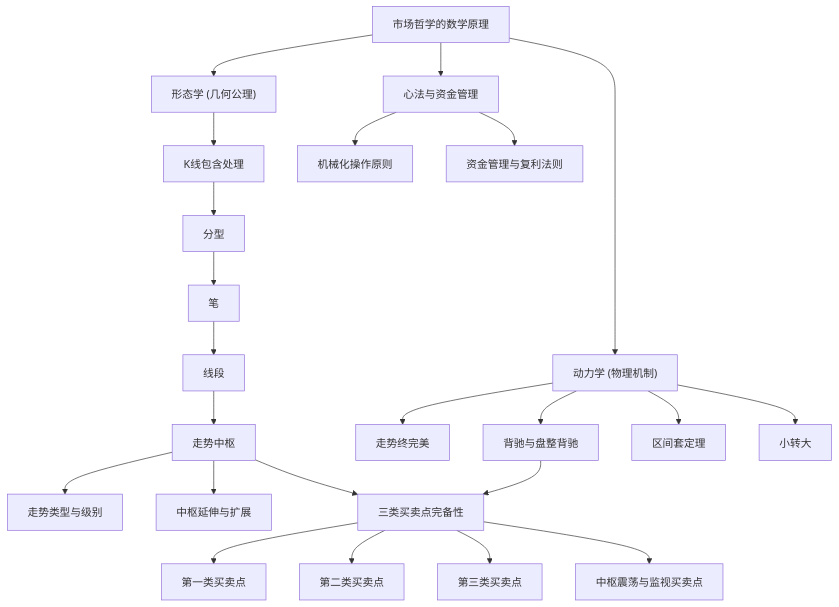
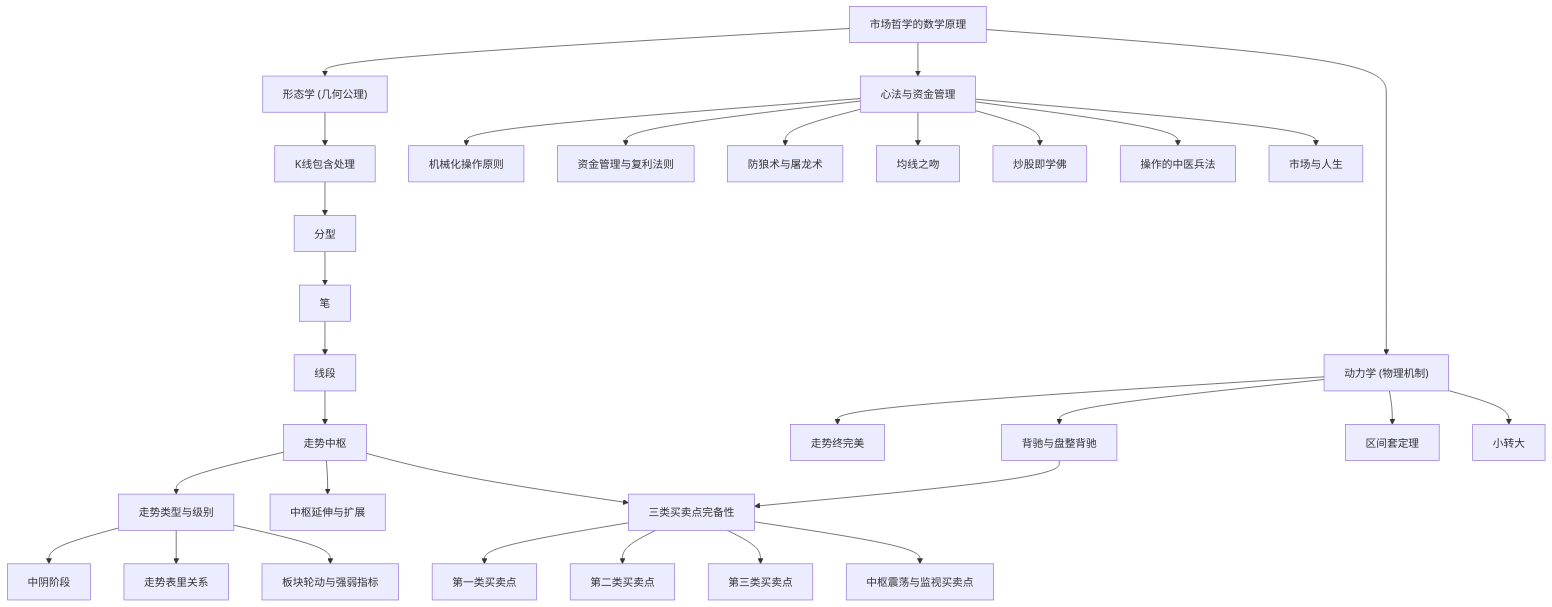
Before and after one commit to wupengbo125/chanlun-108-wiki: the diagram in onewiki/index.md, drawn with Mermaid. The commit also changed other lines of this file and 12 other files, not shown here.

````diff
--- a/onewiki/index.md
+++ b/onewiki/index.md
@@ -9,28 +9,37 @@
 ```mermaid
 graph TD
     A["市场哲学的数学原理"] --> B["形态学 (几何公理)"]
     A --> C["动力学 (物理机制)"]
     A --> D["心法与资金管理"]
-    
+
     B --> B1["K线包含处理"]
     B1 --> B2["分型"]
     B2 --> B3["笔"]
     B3 --> B4["线段"]
     B4 --> B5["走势中枢"]
     B5 --> B6["走势类型与级别"]
     B5 --> B7["中枢延伸与扩展"]
-    
+
     C --> C1["走势终完美"]
     C --> C2["背驰与盘整背驰"]
     C --> C3["区间套定理"]
     C --> C4["小转大"]
-    
+
     B5 & C2 --> M["三类买卖点完备性"]
     M --> M1["第一类买卖点"]
     M --> M2["第二类买卖点"]
     M --> M3["第三类买卖点"]
     M --> M4["中枢震荡与监视买卖点"]
-    
+
+    B6 --> E1["中阴阶段"]
+    B6 --> E2["走势表里关系"]
+    B6 --> E3["板块轮动与强弱指标"]
+
     D --> D1["机械化操作原则"]
     D --> D2["资金管理与复利法则"]
+    D --> D3["防狼术与屠龙术"]
+    D --> D4["均线之吻"]
+    D --> D5["炒股即学佛"]
+    D --> D6["操作的中医兵法"]
+    D --> D7["市场与人生"]
 ```
````
